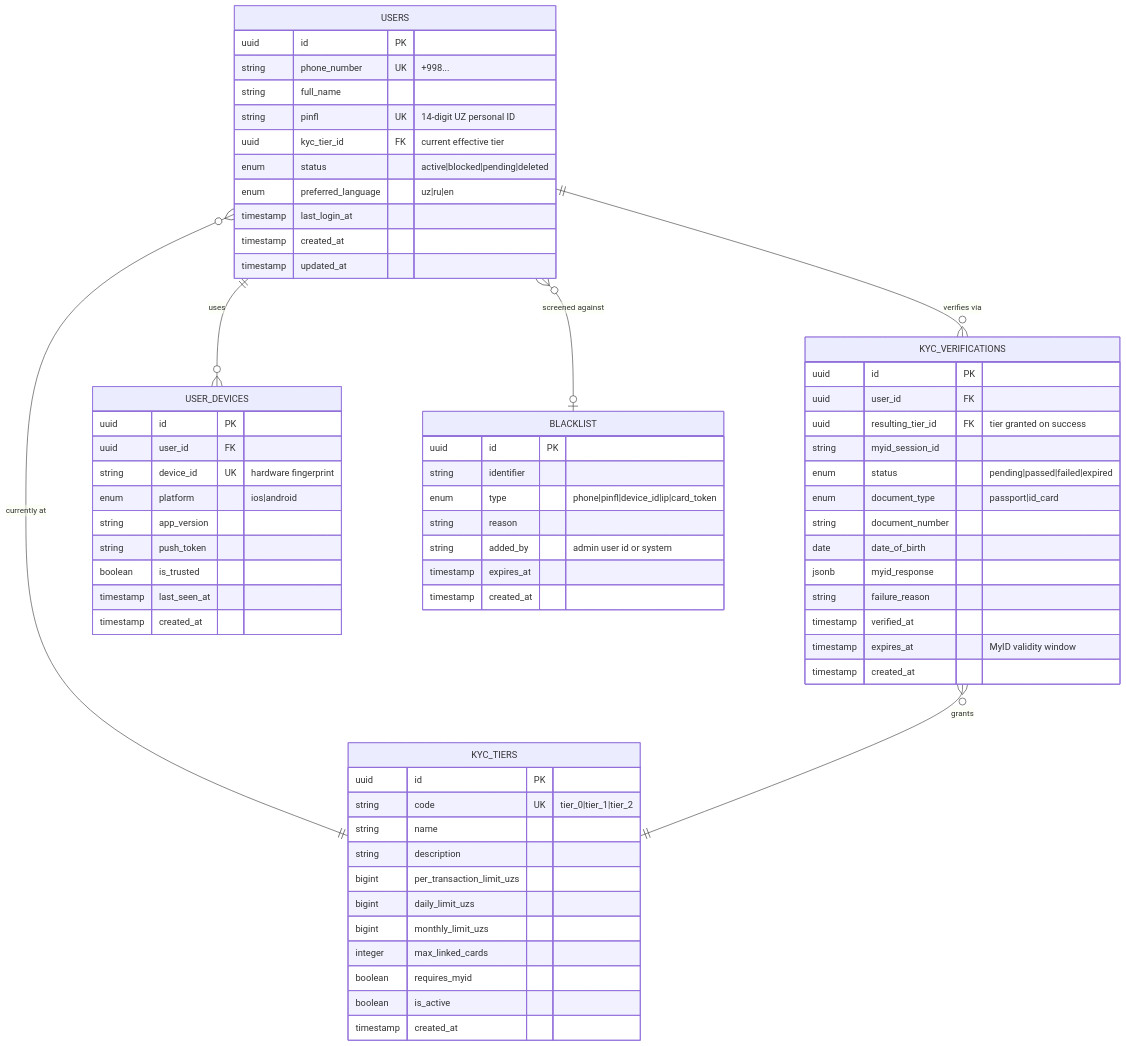
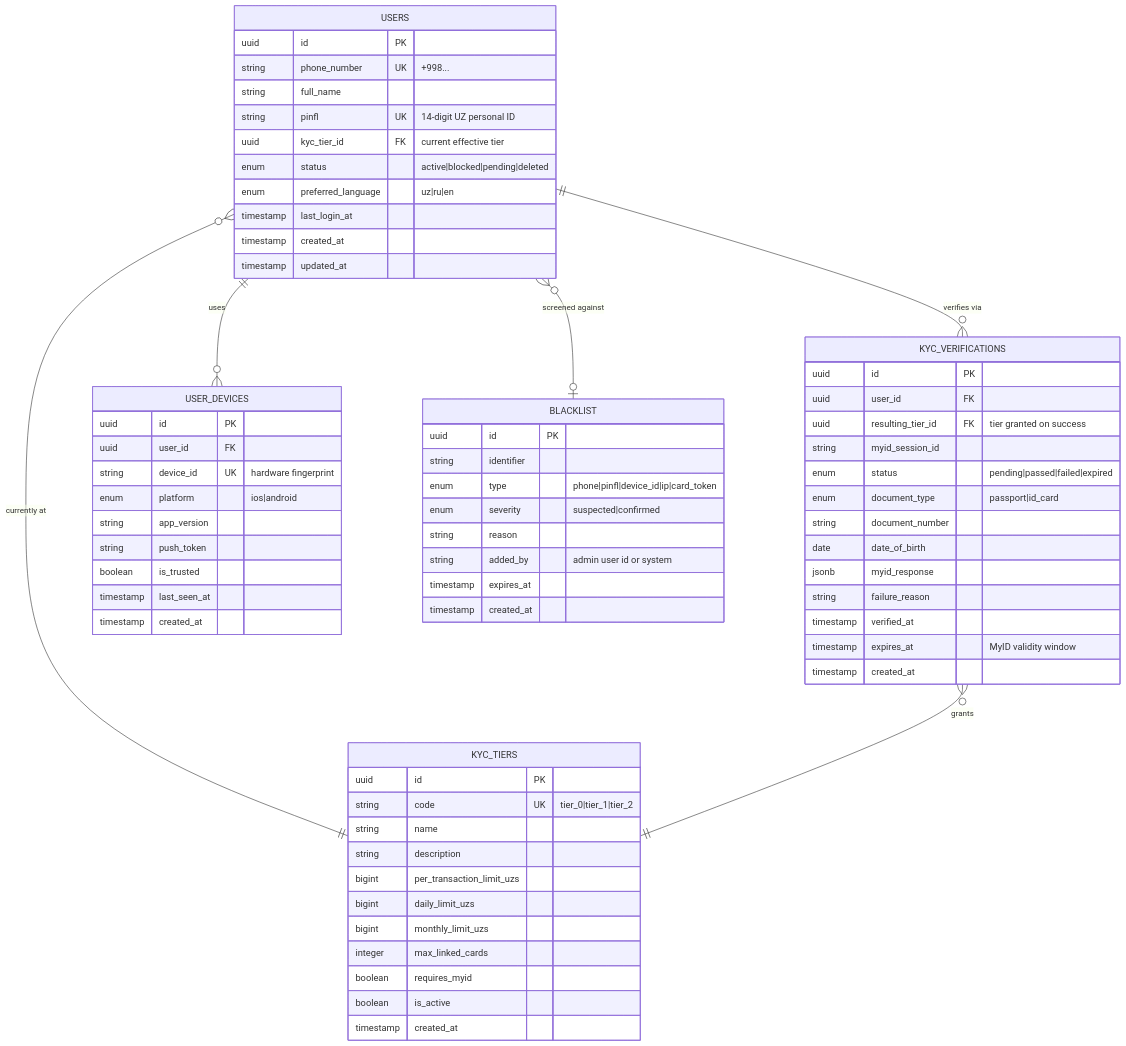
Before and after one commit to SardorAllaberganov/zhi-pay: the third of 12 diagrams in docs/models.md, drawn with Mermaid. The commit also changed other lines of this file and 36 other files, not shown here.

````diff
--- a/docs/models.md
+++ b/docs/models.md
@@ -77,68 +77,69 @@
 ```mermaid
 erDiagram
   USERS {
     uuid id PK
     string phone_number UK "+998..."
     string full_name
     string pinfl UK "14-digit UZ personal ID"
     uuid kyc_tier_id FK "current effective tier"
     enum status "active|blocked|pending|deleted"
     enum preferred_language "uz|ru|en"
     timestamp last_login_at
     timestamp created_at
     timestamp updated_at
   }
   KYC_TIERS {
     uuid id PK
     string code UK "tier_0|tier_1|tier_2"
     string name
     string description
     bigint per_transaction_limit_uzs
     bigint daily_limit_uzs
     bigint monthly_limit_uzs
     integer max_linked_cards
     boolean requires_myid
     boolean is_active
     timestamp created_at
   }
   KYC_VERIFICATIONS {
     uuid id PK
     uuid user_id FK
     uuid resulting_tier_id FK "tier granted on success"
     string myid_session_id
     enum status "pending|passed|failed|expired"
     enum document_type "passport|id_card"
     string document_number
     date date_of_birth
     jsonb myid_response
     string failure_reason
     timestamp verified_at
     timestamp expires_at "MyID validity window"
     timestamp created_at
   }
   USER_DEVICES {
     uuid id PK
     uuid user_id FK
     string device_id UK "hardware fingerprint"
     enum platform "ios|android"
     string app_version
     string push_token
     boolean is_trusted
     timestamp last_seen_at
     timestamp created_at
   }
   BLACKLIST {
     uuid id PK
     string identifier
     enum type "phone|pinfl|device_id|ip|card_token"
+    enum severity "suspected|confirmed"
     string reason
     string added_by "admin user id or system"
     timestamp expires_at
     timestamp created_at
   }
   USERS ||--o{ KYC_VERIFICATIONS : "verifies via"
   USERS }o--|| KYC_TIERS : "currently at"
   USERS ||--o{ USER_DEVICES : "uses"
   KYC_VERIFICATIONS }o--|| KYC_TIERS : "grants"
   USERS }o--o| BLACKLIST : "screened against"
 ```
````
